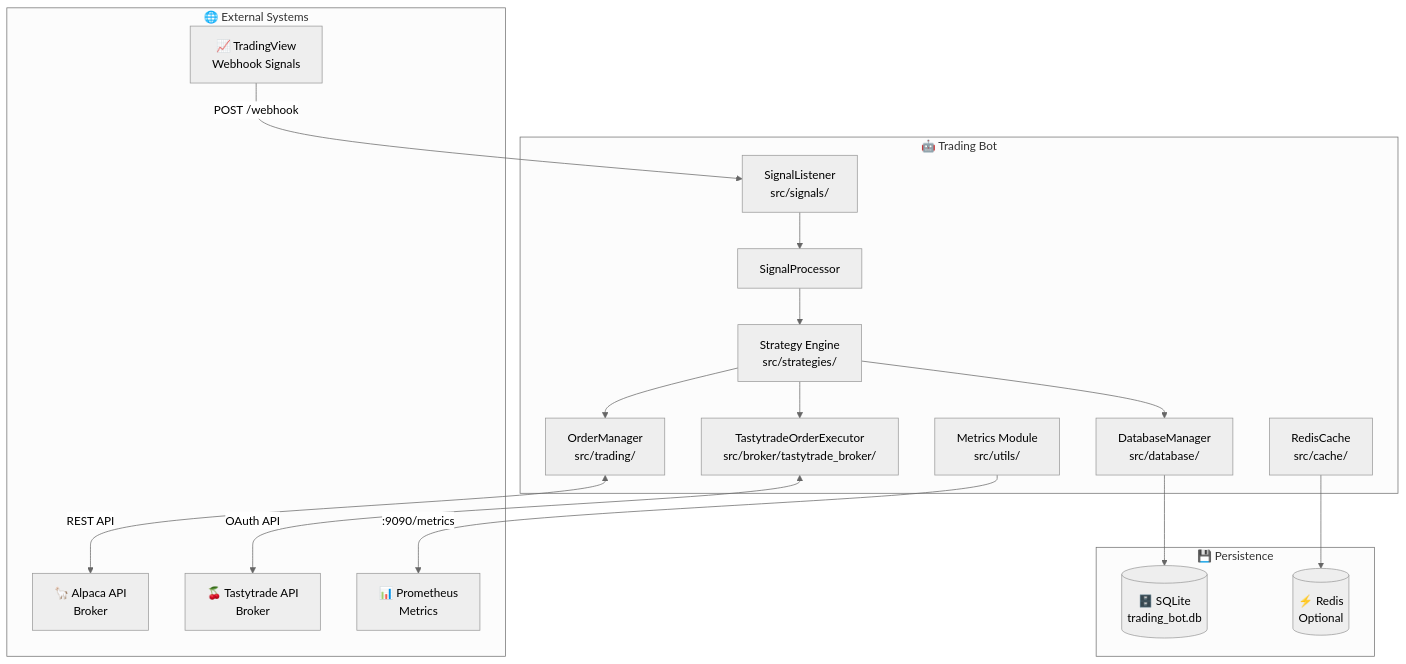
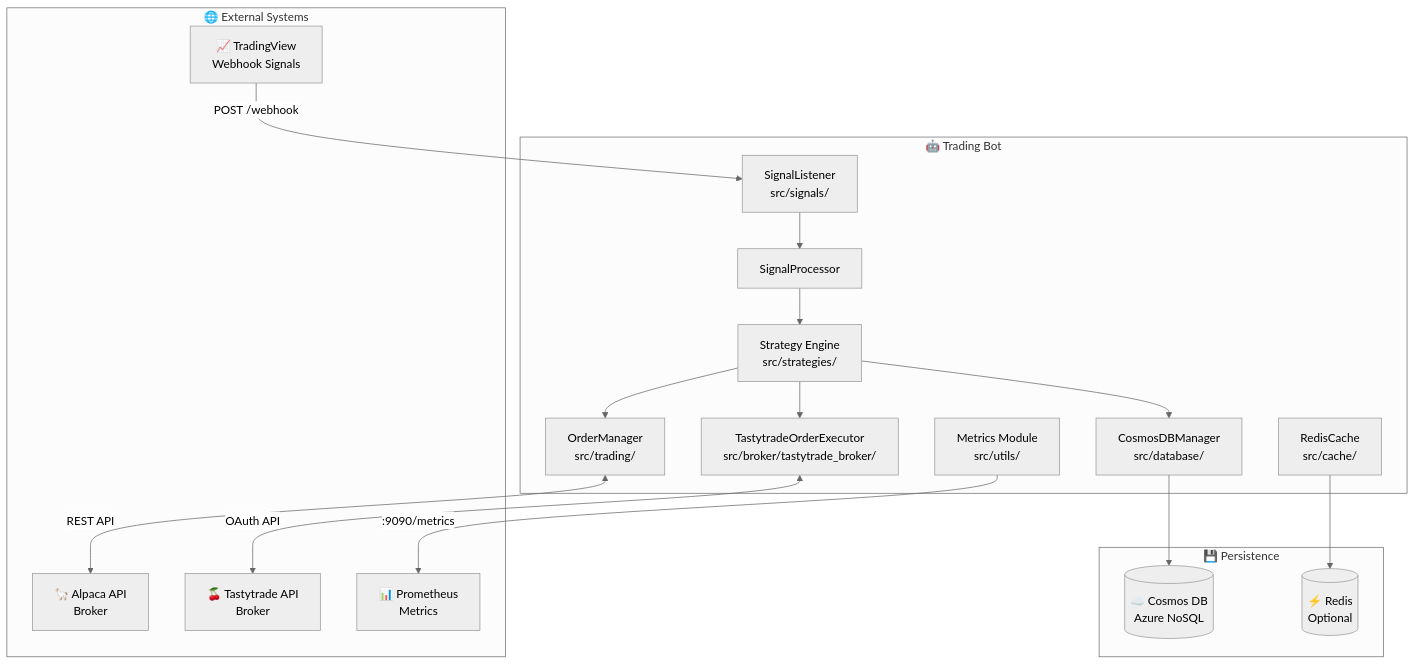
One commit to nirnaykhatri/alpha-trader changed the first of 11 diagrams in docs/ADAPTERS_INDEX.md. Above: the diagram before and after it, drawn with Mermaid (neutral theme). The commit also changed other lines of this file and 164 other files, not shown here.

````diff
--- a/docs/ADAPTERS_INDEX.md
+++ b/docs/ADAPTERS_INDEX.md
@@ -24,37 +38,37 @@
 ```mermaid
 graph TB
     subgraph External["🌐 External Systems"]
         TV["📈 TradingView<br/>Webhook Signals"]
         ALPACA["🦙 Alpaca API<br/>Broker"]
         TASTY["🍒 Tastytrade API<br/>Broker"]
         PROM["📊 Prometheus<br/>Metrics"]
     end
     
     subgraph Bot["🤖 Trading Bot"]
         SL["SignalListener<br/>src/signals/"]
         SP["SignalProcessor"]
         STRAT["Strategy Engine<br/>src/strategies/"]
         OM["OrderManager<br/>src/trading/"]
         TT["TastytradeOrderExecutor<br/>src/broker/tastytrade_broker/"]
-        DB["DatabaseManager<br/>src/database/"]
+        DB["CosmosDBManager<br/>src/database/"]
         MET["Metrics Module<br/>src/utils/"]
         CACHE["RedisCache<br/>src/cache/"]
     end
     
     subgraph Storage["💾 Persistence"]
-        SQLITE[("🗄️ SQLite<br/>trading_bot.db")]
+        COSMOS[("☁️ Cosmos DB<br/>Azure NoSQL")]
         REDIS[("⚡ Redis<br/>Optional")]
     end
     
     TV -->|POST /webhook| SL
     SL --> SP
     SP --> STRAT
     STRAT --> OM
     STRAT --> TT
     STRAT --> DB
     OM <-->|REST API| ALPACA
     TT <-->|OAuth API| TASTY
-    DB --> SQLITE
+    DB --> COSMOS
     CACHE --> REDIS
     MET -->|:9090/metrics| PROM
 ```
````
